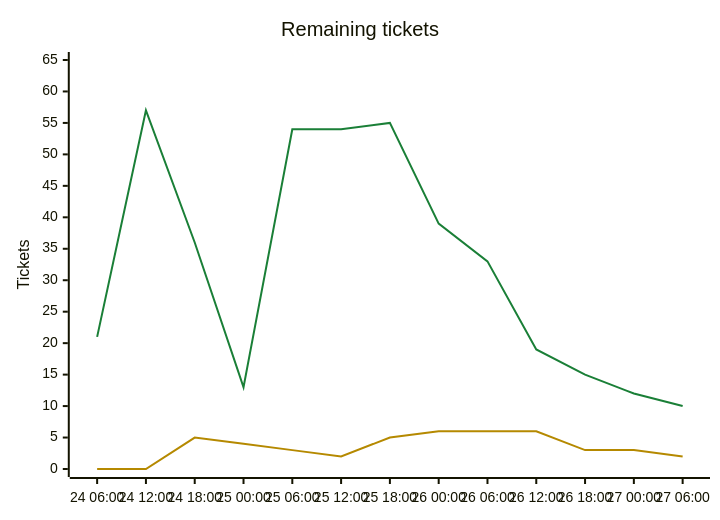
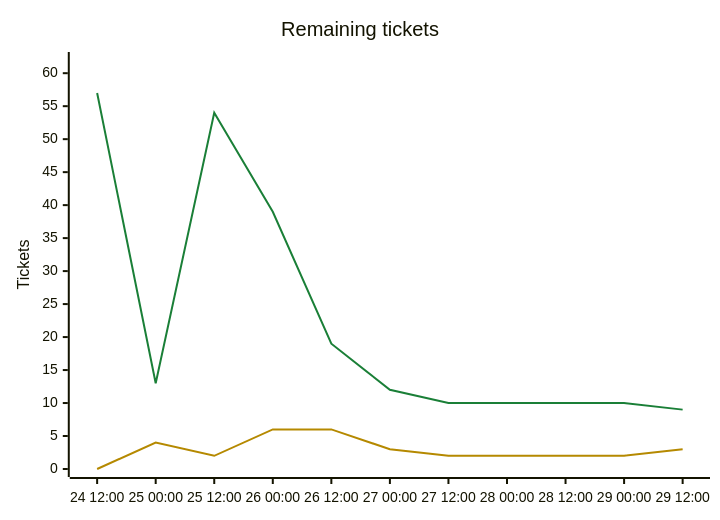
One commit to Kenmura/Unciv changed the second of 2 diagrams in csharp/migration/DEPENDENCY_MAP.md. Above: the diagram before and after it, drawn with Mermaid. The commit also changed other lines of this file and 1 other file, not shown here.

````diff
--- a/csharp/migration/DEPENDENCY_MAP.md
+++ b/csharp/migration/DEPENDENCY_MAP.md
@@ -145,9 +145,9 @@
 ```mermaid
 %%{init: {"themeVariables": {"xyChart": {"plotColorPalette": "#1a7f37, #b58900"}}}}%%
 xychart-beta
     title "Remaining tickets"
-    x-axis ["24 06:00", "24 12:00", "24 18:00", "25 00:00", "25 06:00", "25 12:00", "25 18:00", "26 00:00", "26 06:00", "26 12:00", "26 18:00", "27 00:00", "27 06:00"]
-    y-axis "Tickets" 0 --> 65
-    line [21, 57, 36, 13, 54, 54, 55, 39, 33, 19, 15, 12, 10]
-    line [0, 0, 5, 4, 3, 2, 5, 6, 6, 6, 3, 3, 2]
+    x-axis ["24 12:00", "25 00:00", "25 12:00", "26 00:00", "26 12:00", "27 00:00", "27 12:00", "28 00:00", "28 12:00", "29 00:00", "29 12:00"]
+    y-axis "Tickets" 0 --> 62
+    line [57, 13, 54, 39, 19, 12, 10, 10, 10, 10, 9]
+    line [0, 4, 2, 6, 6, 3, 2, 2, 2, 2, 3]
 ```
````
